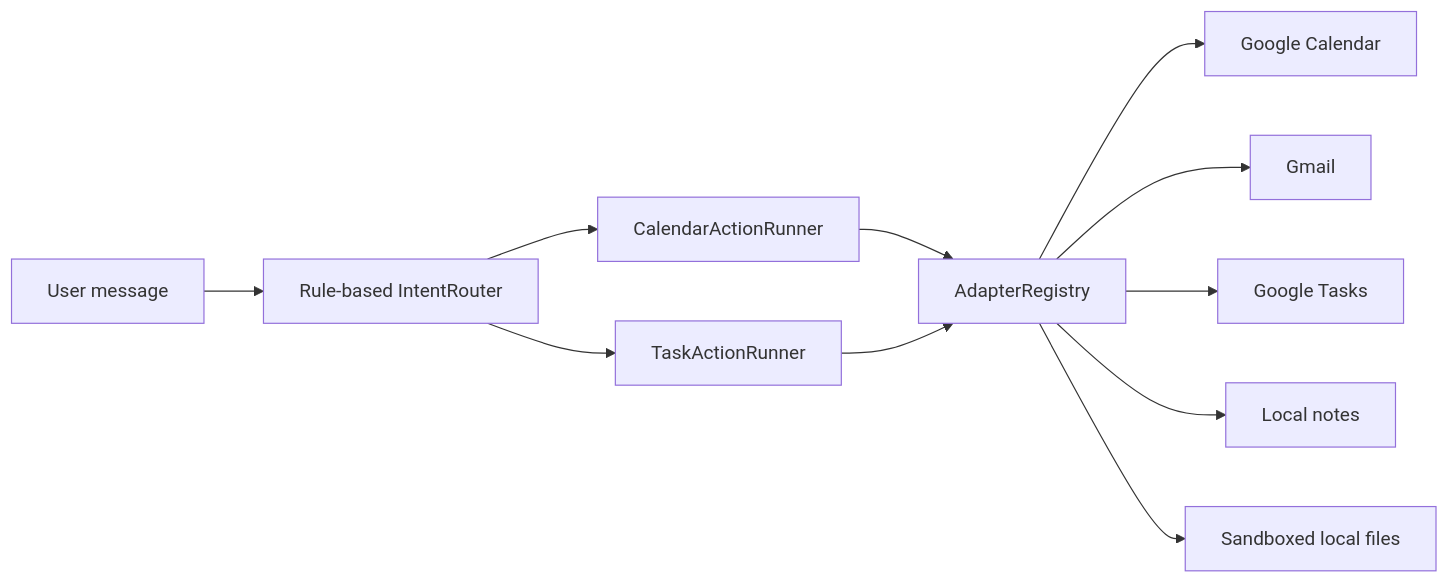
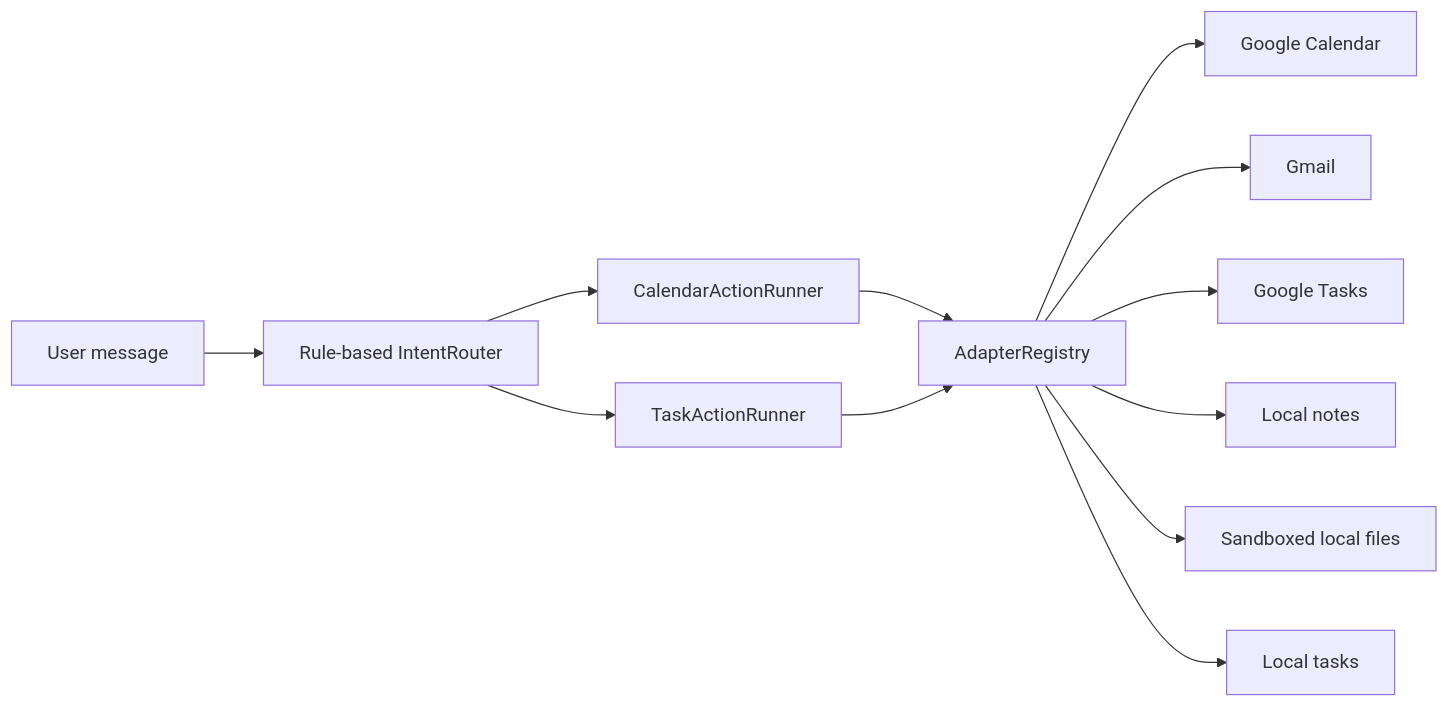
One commit to Sriman-Kunda-056/MyVibe changed the diagram in README.md. Above: the diagram before and after it, drawn with Mermaid. The commit also changed other lines of this file and 3 other files, not shown here.

Commit message:
expose local tasks adapter

````diff
--- a/README.md
+++ b/README.md
@@ -31,13 +31,14 @@
 ```mermaid
 flowchart LR
     U["User message"] --> R["Rule-based IntentRouter"]
     R --> C["CalendarActionRunner"]
     R --> T["TaskActionRunner"]
     C --> AR["AdapterRegistry"]
     T --> AR
     AR --> G1["Google Calendar"]
     AR --> G2["Gmail"]
     AR --> G3["Google Tasks"]
     AR --> L1["Local notes"]
     AR --> L2["Sandboxed local files"]
+    AR --> L3["Local tasks"]
 ```
````
